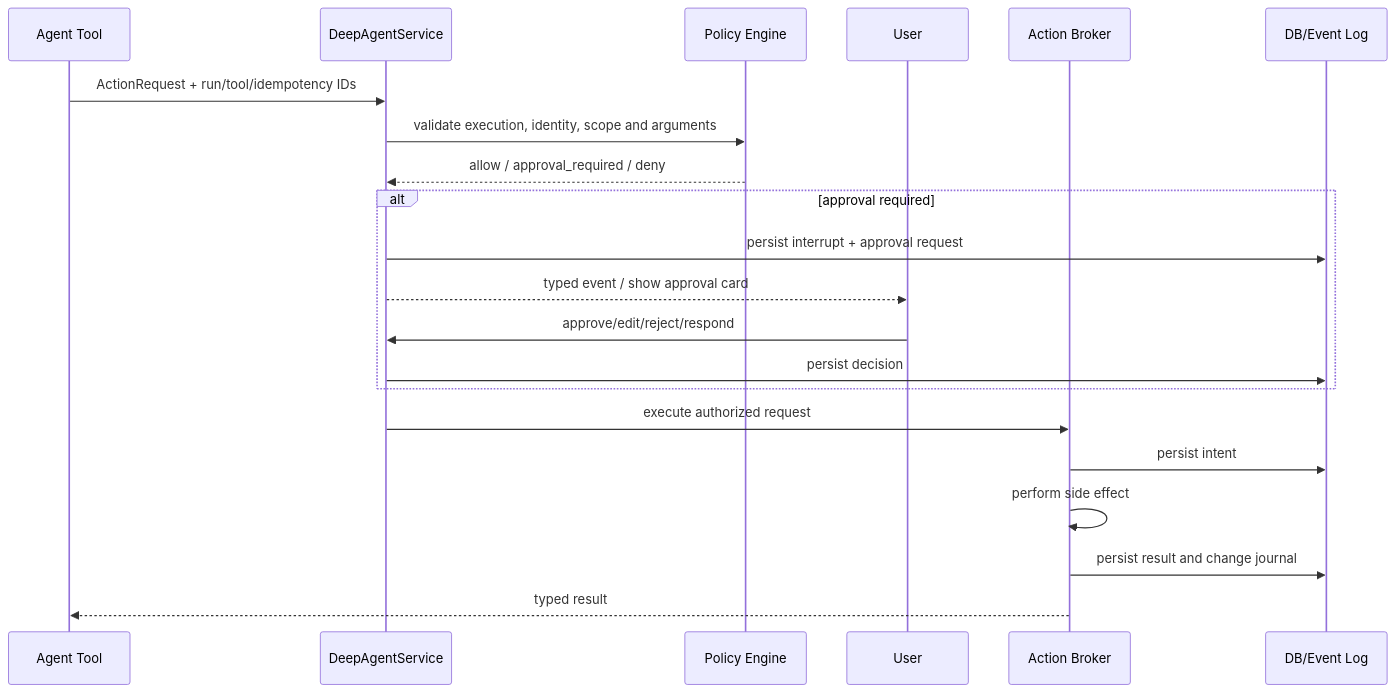
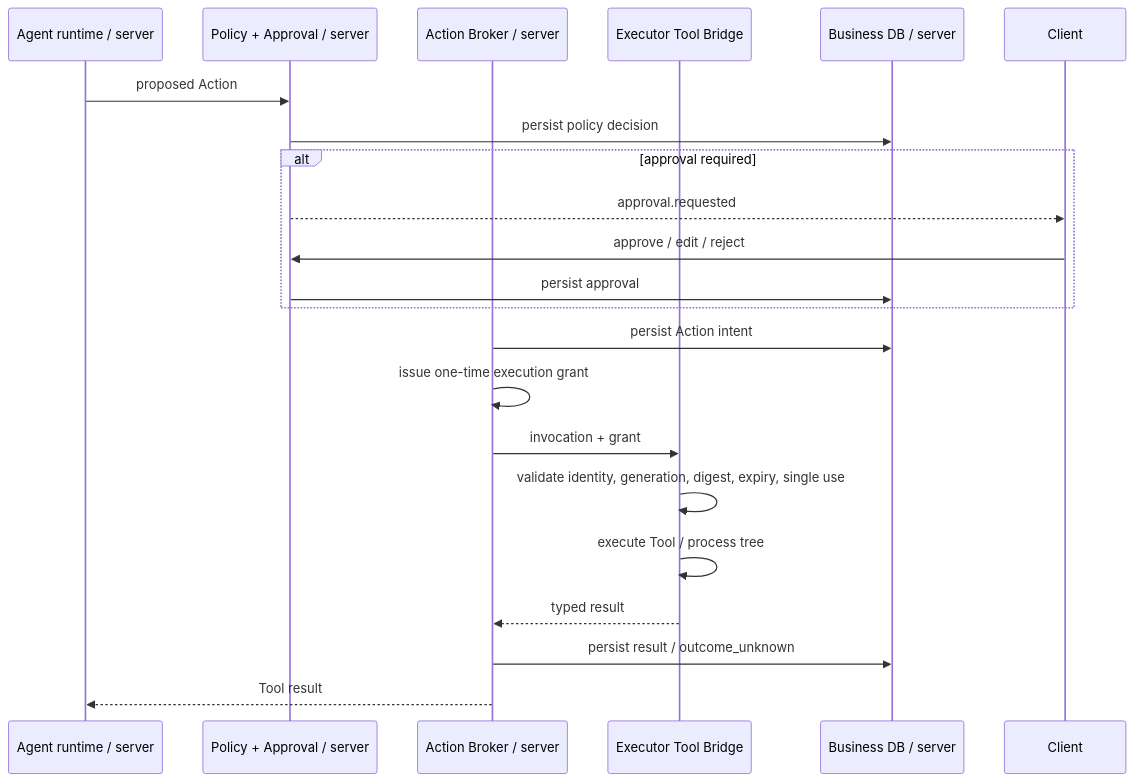
One commit to weivea/moshu changed the second of 2 diagrams in docs/implementation/architecture.md. Above: the diagram before and after it, drawn with Mermaid. The commit also changed other lines of this file and 13 other files, not shown here.

First line of the commit message:
docs: define three-role process architecture (#2)

````diff
--- a/docs/implementation/architecture.md
+++ b/docs/implementation/architecture.md
@@ -338,24 +313,25 @@
 ```mermaid
 sequenceDiagram
-    participant A as Agent Tool
-    participant S as DeepAgentService
-    participant P as Policy Engine
-    participant U as User
-    participant B as Action Broker
-    participant D as DB/Event Log
+    participant A as Agent runtime / server
+    participant P as Policy + Approval / server
+    participant B as Action Broker / server
+    participant E as Executor Tool Bridge
+    participant D as Business DB / server
+    participant C as Client
 
-    A->>S: ActionRequest + run/tool/idempotency IDs
-    S->>P: validate execution, identity, scope and arguments
-    P-->>S: allow / approval_required / deny
+    A->>P: proposed Action
+    P->>D: persist policy decision
     alt approval required
-        S->>D: persist interrupt + approval request
-        S-->>U: typed event / show approval card
-        U->>S: approve/edit/reject/respond
-        S->>D: persist decision
+        P-->>C: approval.requested
+        C->>P: approve / edit / reject
+        P->>D: persist approval
     end
-    S->>B: execute authorized request
-    B->>D: persist intent
-    B->>B: perform side effect
-    B->>D: persist result and change journal
-    B-->>A: typed result
+    B->>D: persist Action intent
+    B->>B: issue one-time execution grant
+    B->>E: invocation + grant
+    E->>E: validate identity, generation, digest, expiry, single use
+    E->>E: execute Tool / process tree
+    E-->>B: typed result
+    B->>D: persist result / outcome_unknown
+    B-->>A: Tool result
 ```
````
